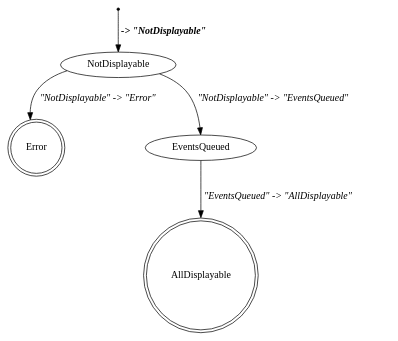
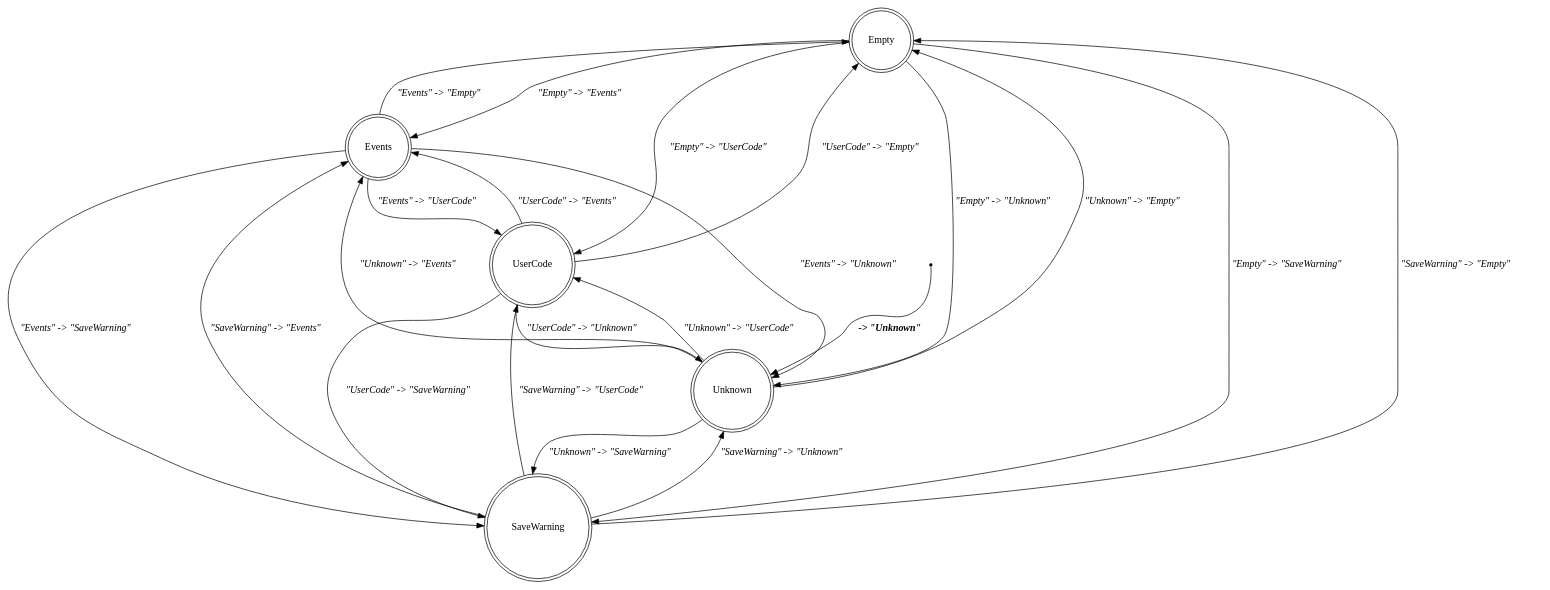
Before and after one commit to kieranjwhite/calendar_mirror: the diagram in docs/display_stm.dot, drawn with Graphviz. The commit also changed 5 other files, not shown here.

```diff
--- a/docs/display_stm.dot
+++ b/docs/display_stm.dot
@@ -1,11 +1,29 @@
 digraph display_stm {
-    AllDisplayable[label="AllDisplayable"][shape="doublecircle"];
-    Error[label="Error"][shape="doublecircle"];
-    EventsQueued[label="EventsQueued"][shape="ellipse"];
-    NotDisplayable[label="NotDisplayable"][shape="ellipse"];
+    Empty[label="Empty"][shape="doublecircle"];
+    Events[label="Events"][shape="doublecircle"];
+    SaveWarning[label="SaveWarning"][shape="doublecircle"];
+    Unknown[label="Unknown"][shape="doublecircle"];
+    UserCode[label="UserCode"][shape="doublecircle"];
     _start[label="_start"][shape="point"];
-    _start -> NotDisplayable[label=<<TABLE BORDER="0"><TR><TD><B><I> -&gt; "NotDisplayable"</I></B></TD></TR></TABLE>>];
-    NotDisplayable -> EventsQueued[label=<<TABLE BORDER="0"><TR><TD><I>"NotDisplayable" -&gt; "EventsQueued"</I></TD></TR></TABLE>>];
-    EventsQueued -> AllDisplayable[label=<<TABLE BORDER="0"><TR><TD><I>"EventsQueued" -&gt; "AllDisplayable"</I></TD></TR></TABLE>>];
-    NotDisplayable -> Error[label=<<TABLE BORDER="0"><TR><TD><I>"NotDisplayable" -&gt; "Error"</I></TD></TR></TABLE>>];
+    _start -> Unknown[label=<<TABLE BORDER="0"><TR><TD><B><I> -&gt; "Unknown"</I></B></TD></TR></TABLE>>];
+    Empty -> Unknown[label=<<TABLE BORDER="0"><TR><TD><I>"Empty" -&gt; "Unknown"</I></TD></TR></TABLE>>];
+    SaveWarning -> Unknown[label=<<TABLE BORDER="0"><TR><TD><I>"SaveWarning" -&gt; "Unknown"</I></TD></TR></TABLE>>];
+    UserCode -> Unknown[label=<<TABLE BORDER="0"><TR><TD><I>"UserCode" -&gt; "Unknown"</I></TD></TR></TABLE>>];
+    Events -> Unknown[label=<<TABLE BORDER="0"><TR><TD><I>"Events" -&gt; "Unknown"</I></TD></TR></TABLE>>];
+    Empty -> SaveWarning[label=<<TABLE BORDER="0"><TR><TD><I>"Empty" -&gt; "SaveWarning"</I></TD></TR></TABLE>>];
+    UserCode -> SaveWarning[label=<<TABLE BORDER="0"><TR><TD><I>"UserCode" -&gt; "SaveWarning"</I></TD></TR></TABLE>>];
+    Events -> SaveWarning[label=<<TABLE BORDER="0"><TR><TD><I>"Events" -&gt; "SaveWarning"</I></TD></TR></TABLE>>];
+    Unknown -> SaveWarning[label=<<TABLE BORDER="0"><TR><TD><I>"Unknown" -&gt; "SaveWarning"</I></TD></TR></TABLE>>];
+    Empty -> UserCode[label=<<TABLE BORDER="0"><TR><TD><I>"Empty" -&gt; "UserCode"</I></TD></TR></TABLE>>];
+    SaveWarning -> UserCode[label=<<TABLE BORDER="0"><TR><TD><I>"SaveWarning" -&gt; "UserCode"</I></TD></TR></TABLE>>];
+    Events -> UserCode[label=<<TABLE BORDER="0"><TR><TD><I>"Events" -&gt; "UserCode"</I></TD></TR></TABLE>>];
+    Unknown -> UserCode[label=<<TABLE BORDER="0"><TR><TD><I>"Unknown" -&gt; "UserCode"</I></TD></TR></TABLE>>];
+    Empty -> Events[label=<<TABLE BORDER="0"><TR><TD><I>"Empty" -&gt; "Events"</I></TD></TR></TABLE>>];
+    SaveWarning -> Events[label=<<TABLE BORDER="0"><TR><TD><I>"SaveWarning" -&gt; "Events"</I></TD></TR></TABLE>>];
+    UserCode -> Events[label=<<TABLE BORDER="0"><TR><TD><I>"UserCode" -&gt; "Events"</I></TD></TR></TABLE>>];
+    Unknown -> Events[label=<<TABLE BORDER="0"><TR><TD><I>"Unknown" -&gt; "Events"</I></TD></TR></TABLE>>];
+    SaveWarning -> Empty[label=<<TABLE BORDER="0"><TR><TD><I>"SaveWarning" -&gt; "Empty"</I></TD></TR></TABLE>>];
+    UserCode -> Empty[label=<<TABLE BORDER="0"><TR><TD><I>"UserCode" -&gt; "Empty"</I></TD></TR></TABLE>>];
+    Events -> Empty[label=<<TABLE BORDER="0"><TR><TD><I>"Events" -&gt; "Empty"</I></TD></TR></TABLE>>];
+    Unknown -> Empty[label=<<TABLE BORDER="0"><TR><TD><I>"Unknown" -&gt; "Empty"</I></TD></TR></TABLE>>];
 }
```
